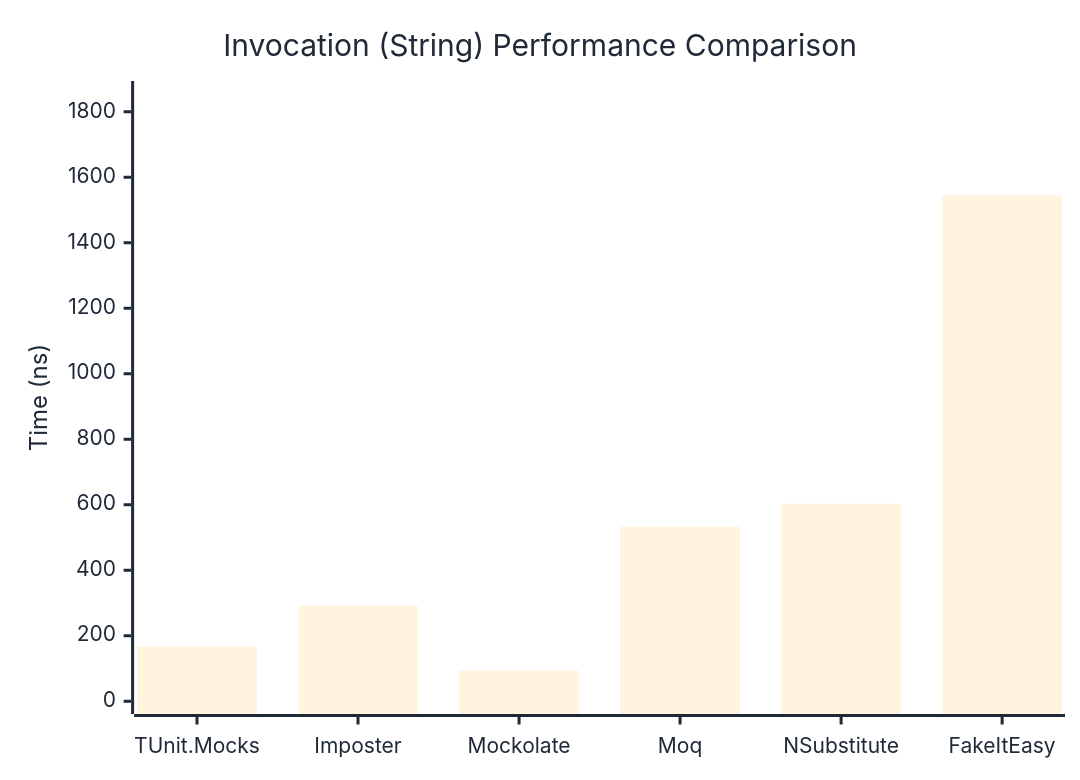
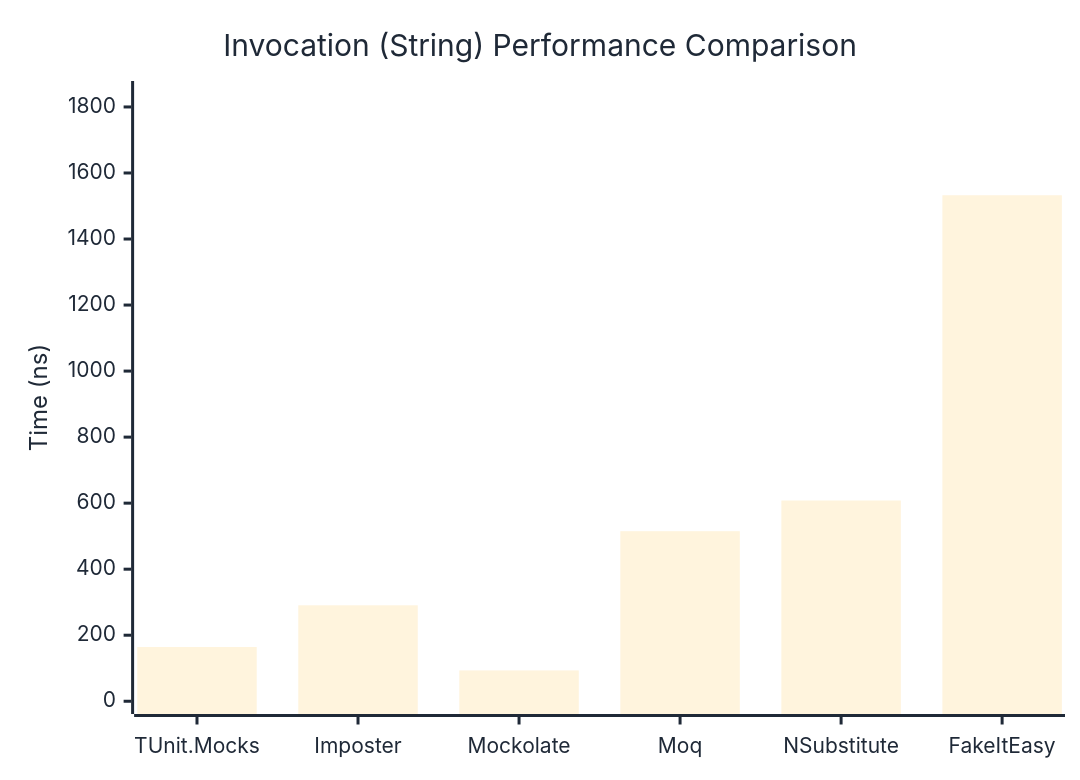
One commit to thomhurst/TUnit changed the second of 3 diagrams in docs/docs/benchmarks/mocks/Invocation.md. Above: the diagram before and after it, drawn with Mermaid. The commit also changed other lines of this file and 14 other files, not shown here.

````diff
--- a/docs/docs/benchmarks/mocks/Invocation.md
+++ b/docs/docs/benchmarks/mocks/Invocation.md
@@ -71,27 +71,27 @@
 ```mermaid
 %%{init: {
   'theme':'base',
   'themeVariables': {
     'primaryColor': '#2563eb',
     'primaryTextColor': '#1f2937',
     'primaryBorderColor': '#1e40af',
     'lineColor': '#6b7280',
     'secondaryColor': '#7c3aed',
     'tertiaryColor': '#dc2626',
     'background': '#ffffff',
     'pie1': '#2563eb',
     'pie2': '#7c3aed',
     'pie3': '#dc2626',
     'pie4': '#f59e0b',
     'pie5': '#10b981',
     'pie6': '#06b6d4',
     'pie7': '#ec4899',
     'pie8': '#6366f1'
   }
 }}%%
 xychart-beta
   title "Invocation (String) Performance Comparison"
   x-axis ["TUnit.Mocks", "Imposter", "Mockolate", "Moq", "NSubstitute", "FakeItEasy"]
-  y-axis "Time (ns)" 0 --> 1855
-  bar [167.11, 291.19, 93.41, 532.7, 602.82, 1545.15]
+  y-axis "Time (ns)" 0 --> 1840
+  bar [164.34, 290.64, 93.38, 515.06, 607.99, 1532.6]
 ```
````
